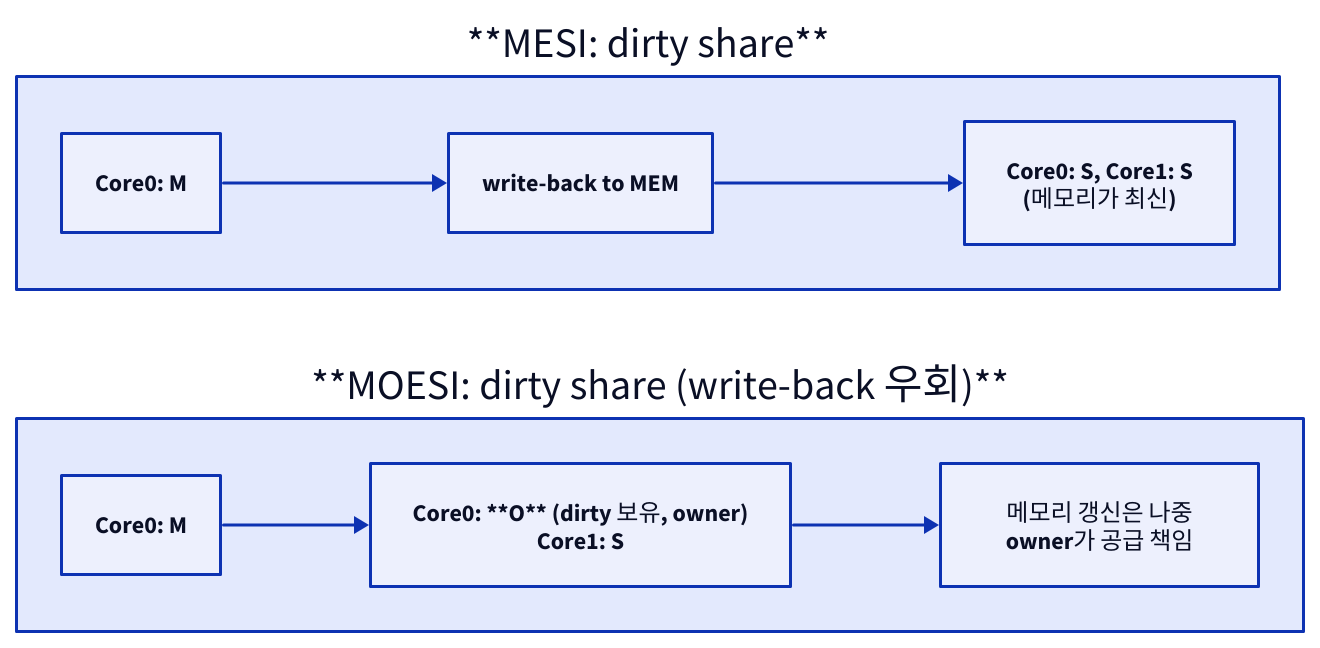
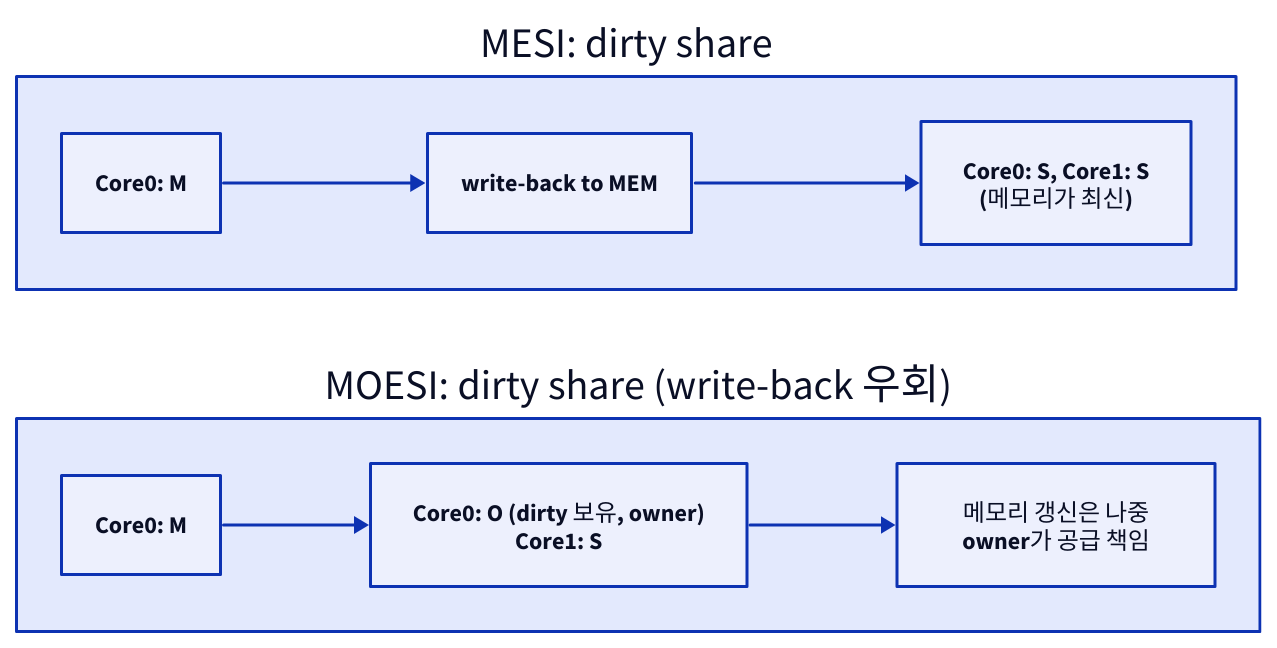
One commit to humbleowl39/DV_SKOOL changed the third of 3 diagrams in starlight_site/src/content/docs/cache_coherence/02_snooping_mesi_moesi.md. Above: the diagram before and after it, drawn with D2. The commit also changed other lines of this file and 714 other files, not shown here.

First line of the commit message:
fix(site): d2 다이어그램 가독성 결함 6종 일괄 수정

````diff
--- a/starlight_site/src/content/docs/cache_coherence/02_snooping_mesi_moesi.md
+++ b/starlight_site/src/content/docs/cache_coherence/02_snooping_mesi_moesi.md
@@ -130,18 +130,18 @@
 ```d2
 direction: right
 
-MESI: "**MESI: dirty share**" {
+MESI: "MESI: dirty share" {
   direction: down
   m1: "Core0: M"
   wb: "write-back to MEM"
   s1: "Core0: S, Core1: S\n(메모리가 최신)"
   m1 -> wb -> s1
 }
-MOESI: "**MOESI: dirty share (write-back 우회)**" {
+MOESI: "MOESI: dirty share (write-back 우회)" {
   direction: down
   m2: "Core0: M"
-  o2: "Core0: **O** (dirty 보유, owner)\nCore1: S"
+  o2: "Core0: O (dirty 보유, owner)\nCore1: S"
   note: "메모리 갱신은 나중\nowner가 공급 책임"
   m2 -> o2 -> note
 }
 ```
````
